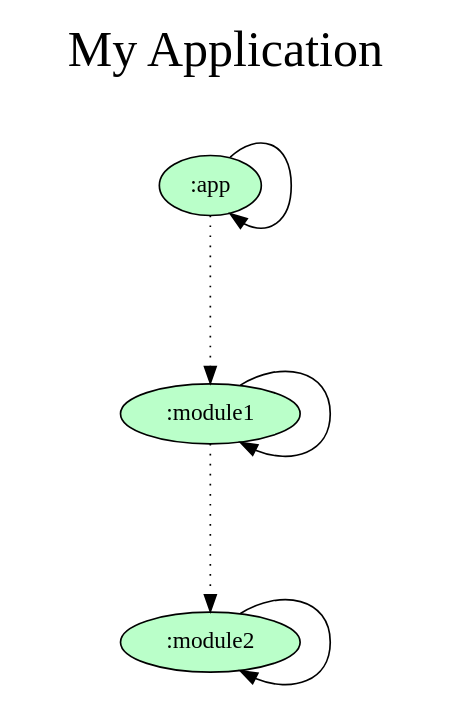
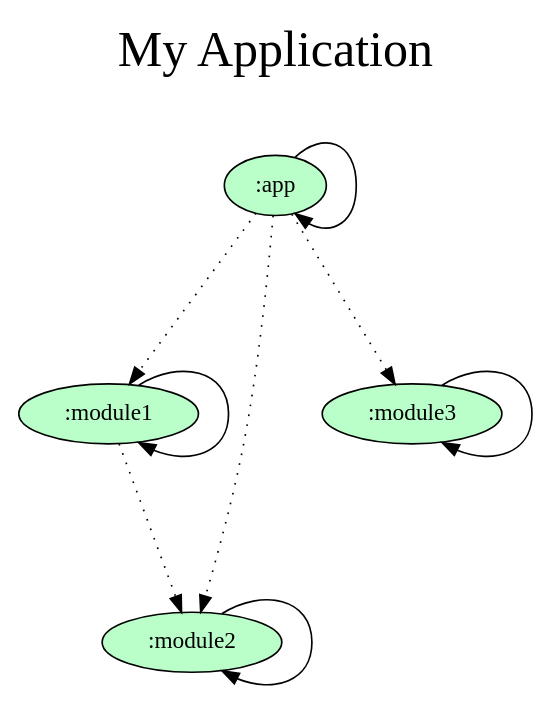
One commit to alexaccandr/test_graph changed the diagram in gradle/dependency-graph/project.dot. Above: the diagram before and after it, drawn with Graphviz.

Commit message:
Update dependency graph

```diff
--- a/gradle/dependency-graph/project.dot
+++ b/gradle/dependency-graph/project.dot
@@ -1,21 +1,25 @@
 digraph {
   graph [label="My Application\n ",labelloc=t,fontsize=30,ranksep=1.4];
   node [style=filled, fillcolor="#bbbbbb"];
   rankdir=TB;
 
   # Projects
 
   ":app" [fillcolor="#baffc9"];
   ":module1" [fillcolor="#baffc9"];
   ":module2" [fillcolor="#baffc9"];
+  ":module3" [fillcolor="#baffc9"];
 
   {rank = same;}
 
   # Dependencies
 
   ":app" -> ":app"
   ":app" -> ":module1" [style=dotted]
+  ":app" -> ":module2" [style=dotted]
+  ":app" -> ":module3" [style=dotted]
   ":module1" -> ":module1"
   ":module1" -> ":module2" [style=dotted]
   ":module2" -> ":module2"
+  ":module3" -> ":module3"
 }
```
